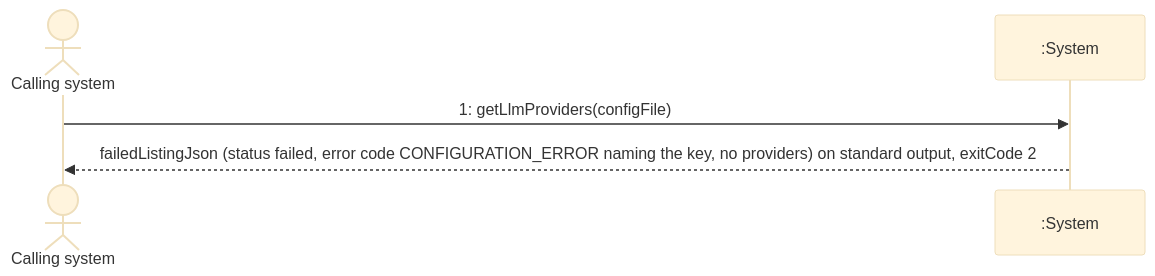
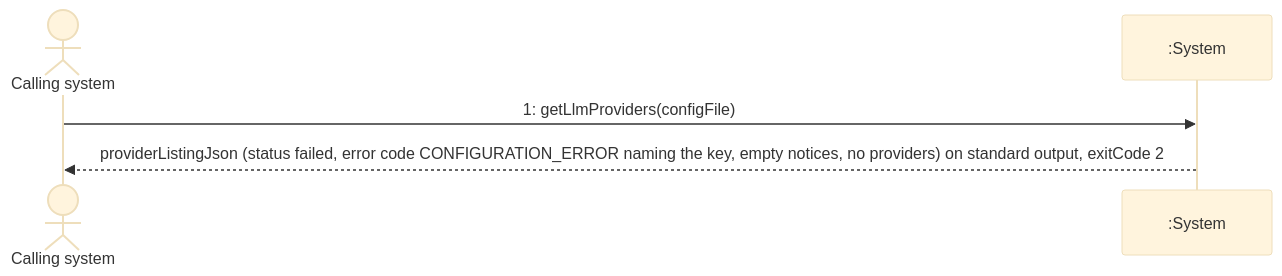
Diagram 17 of 26 in docs/ssd.md (NF-Hotel/Notebook_Market_Analysis), drawn with Mermaid (base theme) before and after one commit. The commit also changed other lines of this file and 43 other files, not shown here.

````diff
--- a/docs/ssd.md
+++ b/docs/ssd.md
@@ -358,7 +359,7 @@
 ```mermaid
 sequenceDiagram
     actor C as Calling system
     participant S as :System
     C->>S: 1: getLlmProviders(configFile)
-    S-->>C: failedListingJson (status failed, error code CONFIGURATION_ERROR naming the key, no providers) on standard output, exitCode 2
+    S-->>C: providerListingJson (status failed, error code CONFIGURATION_ERROR naming the key, empty notices, no providers) on standard output, exitCode 2
 ```
````
